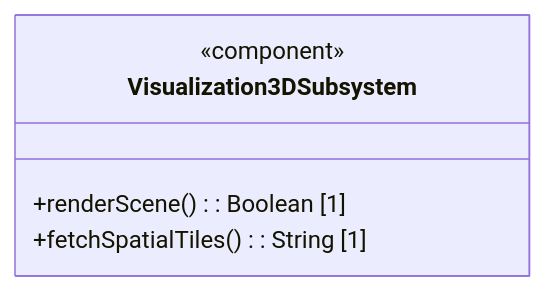
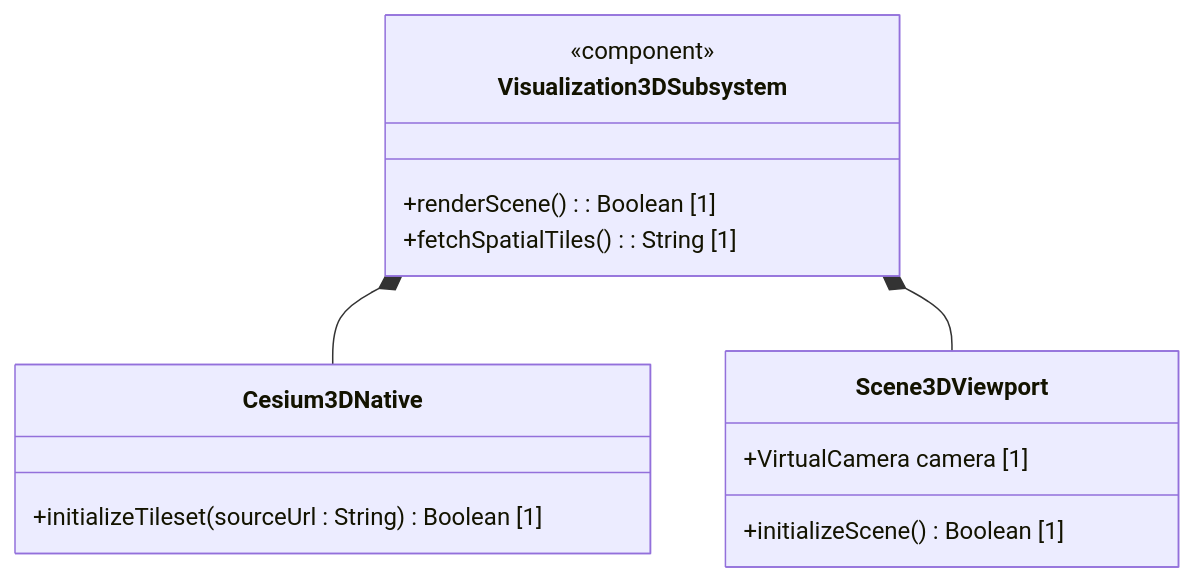
Before and after one commit to gintatkinson/3dgs-phoenix: the first of 3 diagrams in docs/epics/epic-01-3d-visualization.md, drawn with Mermaid. The commit also changed other lines of this file and 1 other file, not shown here.

Commit message:
docs: resolve UML and pipeline compliance failures in epic 1

````diff
--- a/docs/epics/epic-01-3d-visualization.md
+++ b/docs/epics/epic-01-3d-visualization.md
@@ -28,8 +28,17 @@
 ```mermaid
 classDiagram
     class Visualization3DSubsystem {
         <<component>>
         +renderScene() : Boolean [1]
         +fetchSpatialTiles() : String [1]
     }
+    class Cesium3DNative {
+        +initializeTileset(sourceUrl : String) Boolean [1]
+    }
+    class Scene3DViewport {
+        +VirtualCamera camera [1]
+        +initializeScene() Boolean [1]
+    }
+    Visualization3DSubsystem *-- Cesium3DNative
+    Visualization3DSubsystem *-- Scene3DViewport
 ```
````
